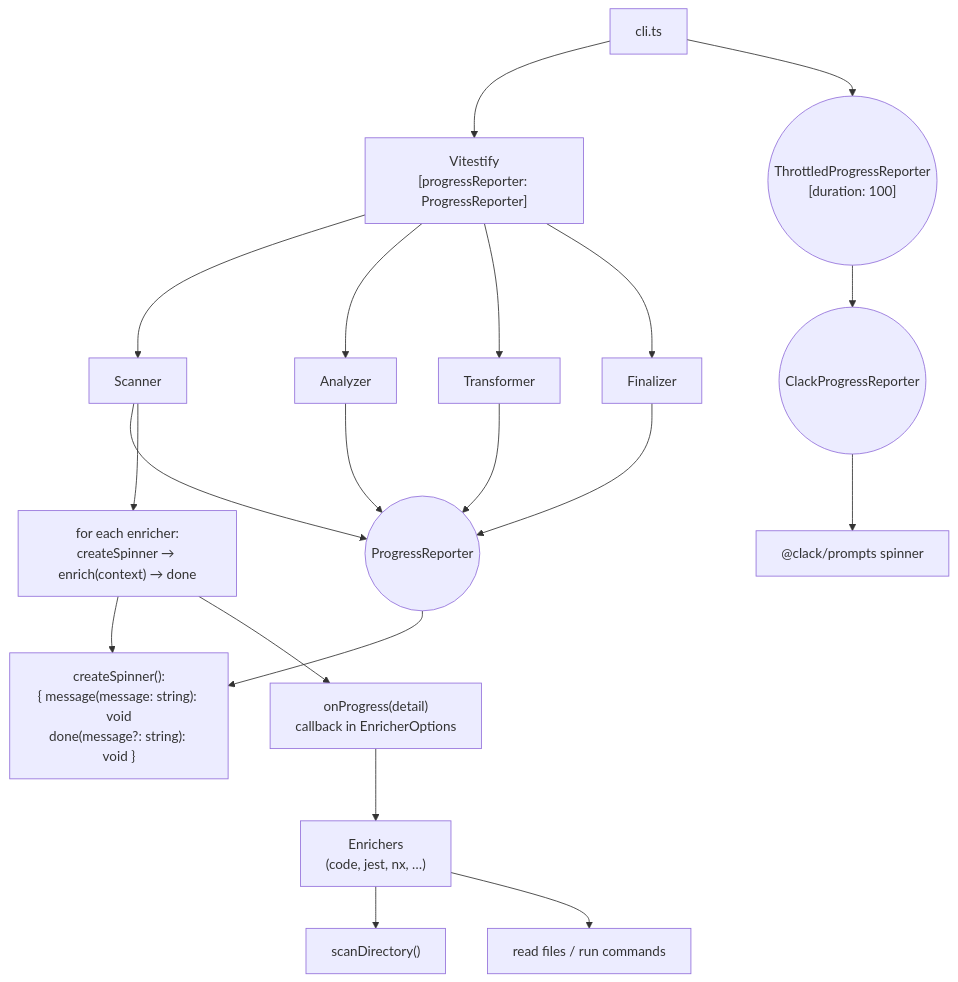
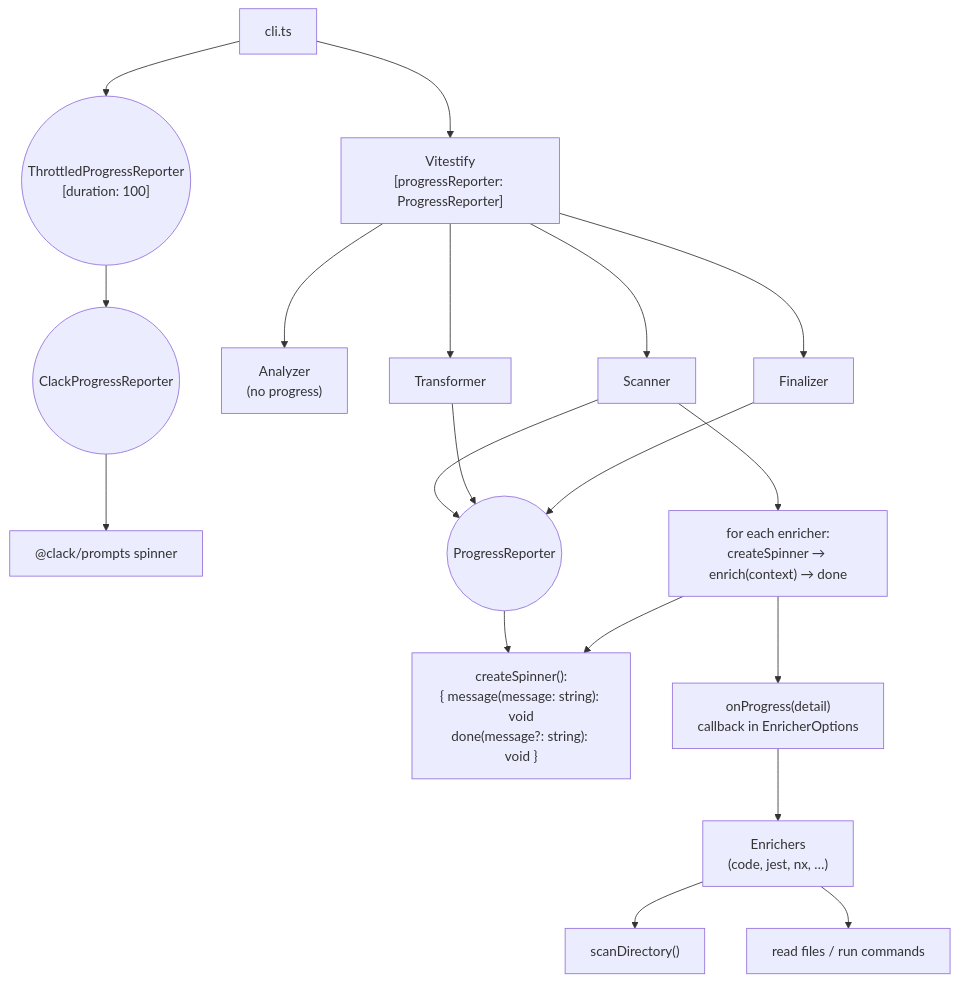
One commit to testmex/testmex changed the first of 2 diagrams in design-docs/002-cli-progress-reporting.md. Above: the diagram before and after it, drawn with Mermaid. The commit also changed other lines of this file, not shown here.

First line of the commit message:
docs: 📝 drop heuristic progress from CLI design doc

````diff
--- a/design-docs/002-cli-progress-reporting.md
+++ b/design-docs/002-cli-progress-reporting.md
@@ -113,26 +112,25 @@
 ```mermaid
 flowchart TD
   cli["cli.ts"] --> vitestify["Vitestify<br>[progressReporter: ProgressReporter]"]
   vitestify --> scanner["Scanner"]
-  vitestify --> analyzer["Analyzer"]
+  vitestify --> analyzer["Analyzer<br>(no progress)"]
   vitestify --> transformer["Transformer"]
   vitestify --> finalizer["Finalizer"]
 
   cli --> throttledReporter(("ThrottledProgressReporter<br>[duration: 100]"))
   throttledReporter --> clackReporter(("ClackProgressReporter"))
   clackReporter --> clackSpinner["@clack/prompts spinner"]
 
   scanner --> reporterPort(("ProgressReporter"))
-  analyzer --> reporterPort
   transformer --> reporterPort
   finalizer --> reporterPort
 
   reporterPort --> createSpinner["createSpinner():<br>{ message(message: string): void<br>done(message?: string): void }"]
 
   scanner --> enrichLoop["for each enricher:<br>createSpinner → enrich(context) → done"]
   enrichLoop --> createSpinner
   enrichLoop --> onProgress["onProgress(detail)<br>callback in EnricherOptions"]
   onProgress --> enrichers["Enrichers<br>(code, jest, nx, …)"]
   enrichers --> scanDir["scanDirectory()"]
   enrichers --> otherWork["read files / run commands"]
 ```
````
